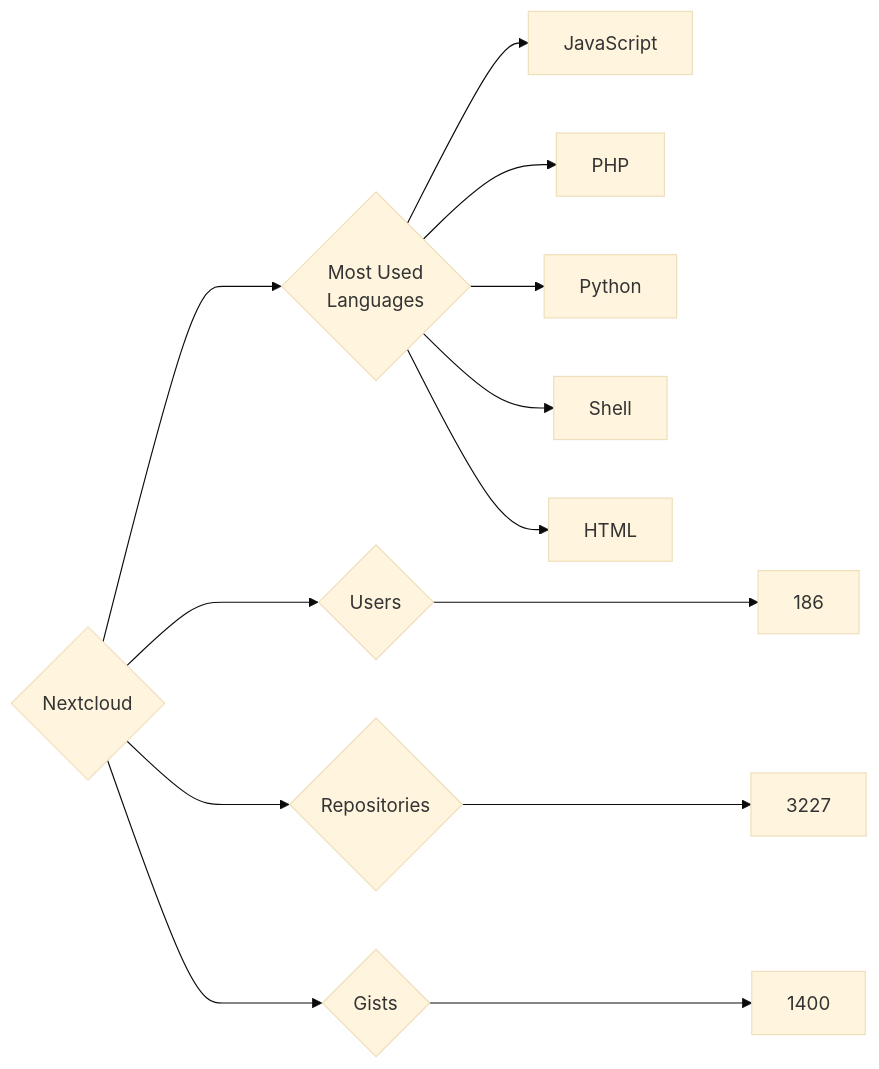
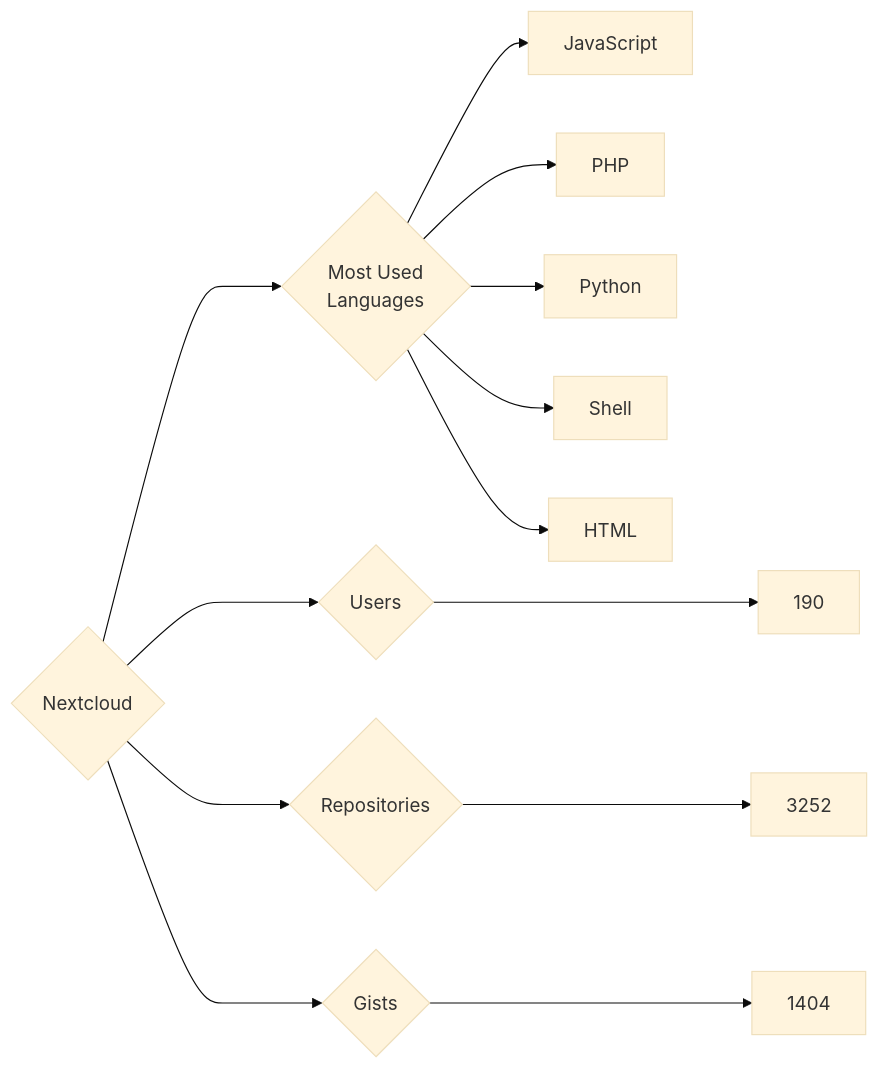
One commit to trickest/insiders changed the diagram in targets/Nextcloud/README.md. Above: the diagram before and after it, drawn with Mermaid (base theme). The commit also changed 851 other files, not shown here.

````diff
--- a/targets/Nextcloud/README.md
+++ b/targets/Nextcloud/README.md
@@ -3,13 +3,13 @@
 ```mermaid
 graph LR
 COMPANY_NAME{Nextcloud}
-COMPANY_NAME ---> U{Users} ---> UN[186]
-COMPANY_NAME ---> R{Repositories} ---> RN[3227]
-COMPANY_NAME ---> G{Gists} ---> GN[1400]
+COMPANY_NAME ---> U{Users} ---> UN[190]
+COMPANY_NAME ---> R{Repositories} ---> RN[3252]
+COMPANY_NAME ---> G{Gists} ---> GN[1404]
 COMPANY_NAME ---> ML{Most Used<br>Languages}
 ML --> JavaScript[JavaScript]
 ML --> PHP[PHP]
 ML --> Python[Python]
 ML --> Shell[Shell]
 ML --> HTML[HTML]
 ```
````
